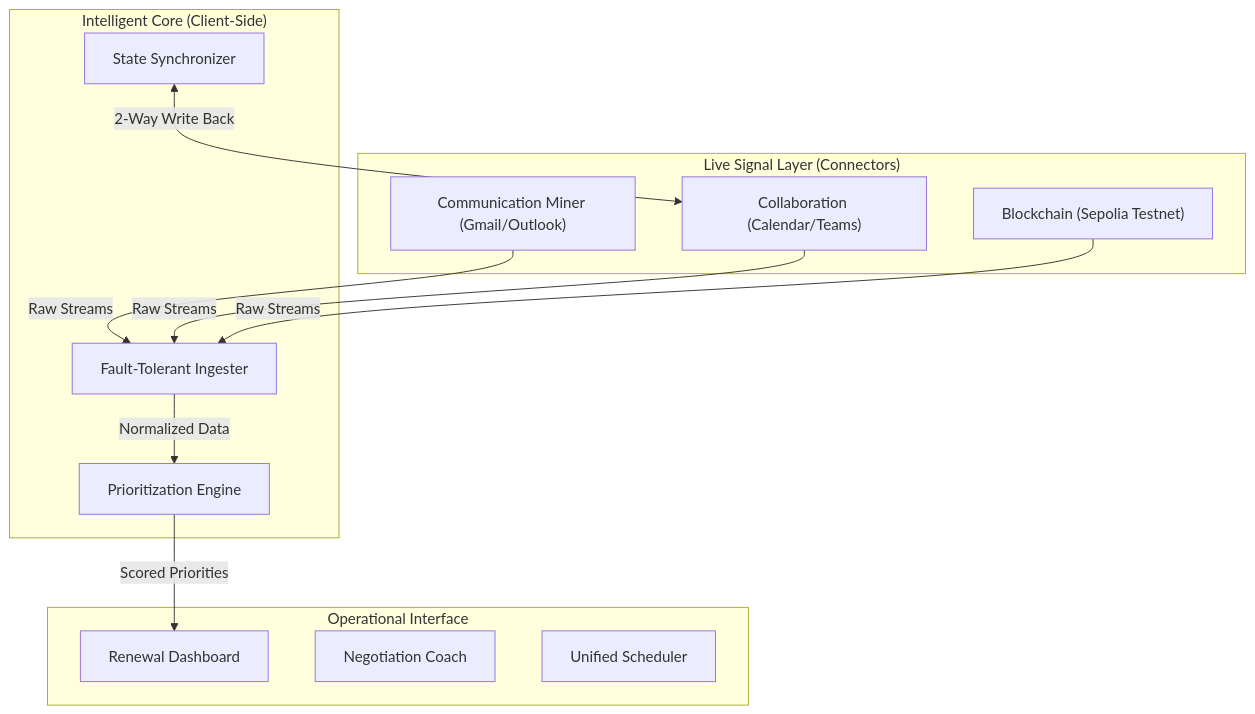
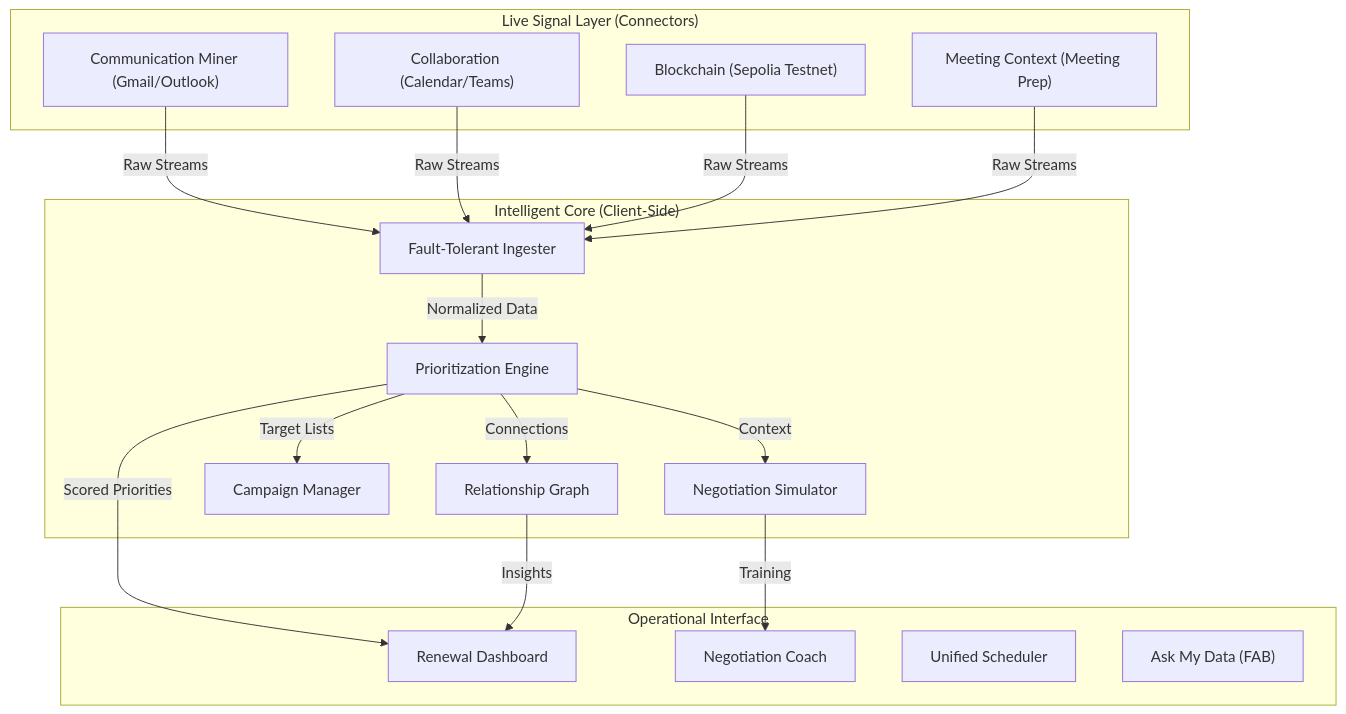
The first of 4 diagrams in System/SYSTEM_OVERVIEW.md (SafeGiantJacket/ARC), drawn with Mermaid before and after one commit. The commit also changed other lines of this file and 5 other files, not shown here.

````diff
--- a/System/SYSTEM_OVERVIEW.md
+++ b/System/SYSTEM_OVERVIEW.md
@@ -17,25 +17,33 @@
 ```mermaid
 graph TD
     subgraph "Live Signal Layer (Connectors)"
         Mail["Communication Miner (Gmail/Outlook)"]
         Cal["Collaboration (Calendar/Teams)"]
         Chain["Blockchain (Sepolia Testnet)"]
+        Pre["Meeting Context (Meeting Prep)"]
     end
 
     subgraph "Intelligent Core (Client-Side)"
         Parser["Fault-Tolerant Ingester"]
         Engine["Prioritization Engine"]
-        Sync["State Synchronizer"]
+        NegSim["Negotiation Simulator"]
+        CampMgr["Campaign Manager"]
+        RelGraph["Relationship Graph"]
     end
 
     subgraph "Operational Interface"
         Dash["Renewal Dashboard"]
         Coach["Negotiation Coach"]
         Scheduler["Unified Scheduler"]
+        Ask["Ask My Data (FAB)"]
     end
 
-    Mail & Cal & Chain --> |Raw Streams| Parser
+    Mail & Cal & Chain & Pre --> |Raw Streams| Parser
     Parser --> |Normalized Data| Engine
     Engine --> |Scored Priorities| Dash
-    Sync <--> |2-Way Write Back| Cal
+    Engine --> |Context| NegSim
+    Engine --> |Target Lists| CampMgr
+    Engine --> |Connections| RelGraph
+    NegSim --> |Training| Coach
+    RelGraph --> |Insights| Dash
 ```
````
